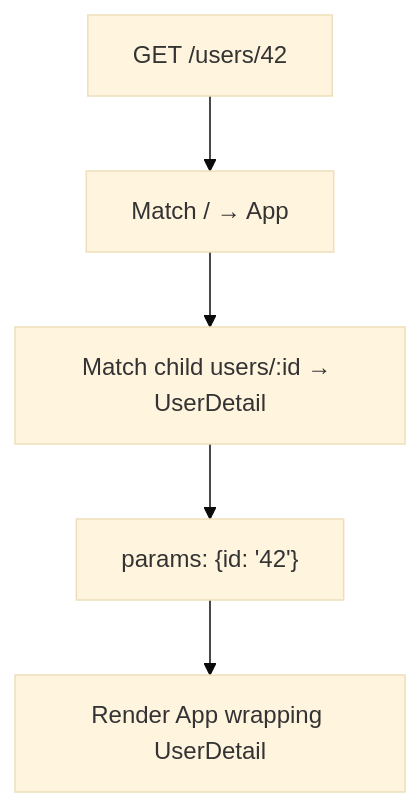
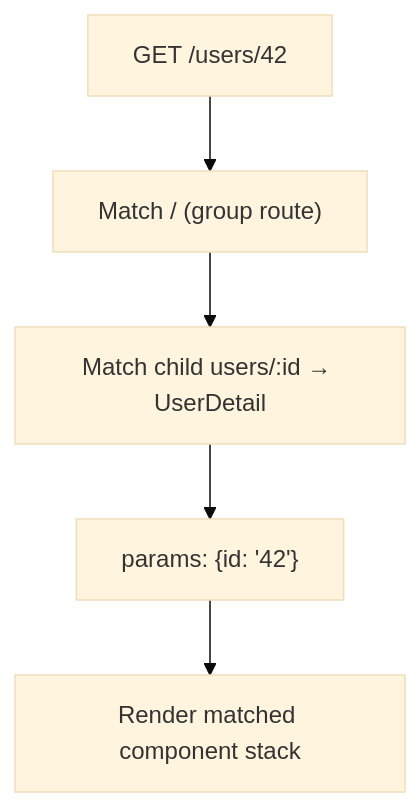
The second of 3 diagrams in docs/docs/guide/routing.md (roderiano/lua-spa), drawn with Mermaid (base theme) before and after one commit. The commit also changed other lines of this file and 6 other files, not shown here.

````diff
--- a/docs/docs/guide/routing.md
+++ b/docs/docs/guide/routing.md
@@ -120,7 +144,7 @@
 ```mermaid
 flowchart TD
-    A["GET /users/42"] --> B["Match / → App"]
-    B --> C["Match child users/:id → UserDetail"]
+  A["GET /users/42"] --> B["Match / (group route)"]
+  B --> C["Match child users/:id → UserDetail"]
     C --> D["params: {id: '42'}"]
-    D --> E["Render App wrapping UserDetail"]
+  D --> E["Render matched component stack"]
 ```
````
